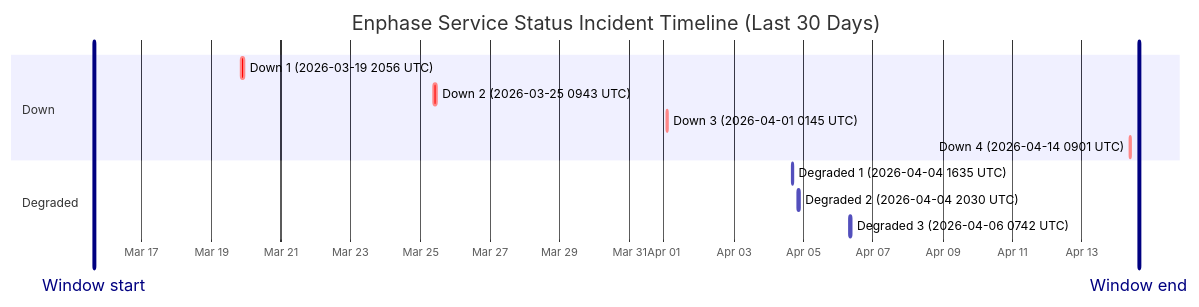
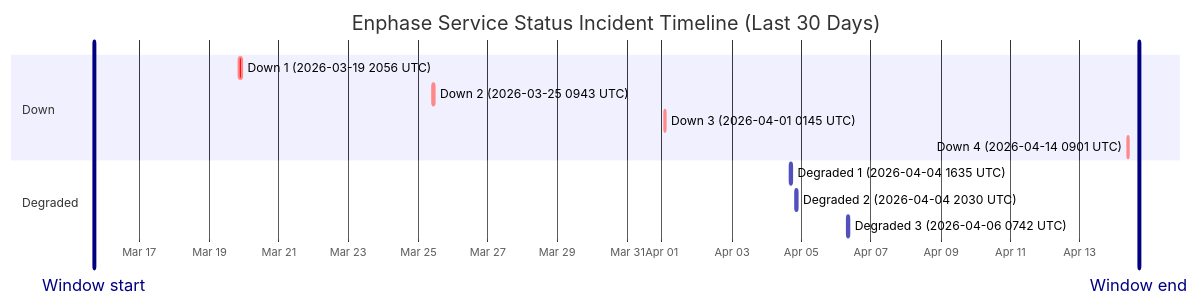
The diagram in wiki/Service-Status-History.md (barneyonline/ha-enphase-ev-charger), drawn with Mermaid before and after one commit. The commit also changed other lines of this file and 3 other files, not shown here.

````diff
--- a/wiki/Service-Status-History.md
+++ b/wiki/Service-Status-History.md
@@ -14,17 +14,17 @@
 ```mermaid
 gantt
     title Enphase Service Status Incident Timeline (Last 30 Days)
     dateFormat  YYYY-MM-DDTHH:mm:ss
     axisFormat  %b %d
-    Window start :vert, window-start, 2026-03-15T15:12:54, 0ms
-    Window end :vert, window-end, 2026-04-14T15:12:54, 0ms
+    Window start :vert, window-start, 2026-03-15T16:40:09, 0ms
+    Window end :vert, window-end, 2026-04-14T16:40:09, 0ms
     section Down
     Down 1 (2026-03-19 2056 UTC) :crit, down-1, 2026-03-19T20:56:20, 145m
     Down 2 (2026-03-25 0943 UTC) :crit, down-2, 2026-03-25T09:43:28, 111m
     Down 3 (2026-04-01 0145 UTC) :crit, down-3, 2026-04-01T01:45:09, 60m
     Down 4 (2026-04-14 0901 UTC) :crit, down-4, 2026-04-14T09:01:13, 60m
     section Degraded
     Degraded 1 (2026-04-04 1635 UTC) :active, degraded-1, 2026-04-04T16:35:17, 60m
     Degraded 2 (2026-04-04 2030 UTC) :active, degraded-2, 2026-04-04T20:30:40, 60m
     Degraded 3 (2026-04-06 0742 UTC) :active, degraded-3, 2026-04-06T07:42:09, 85m
 ```
````
